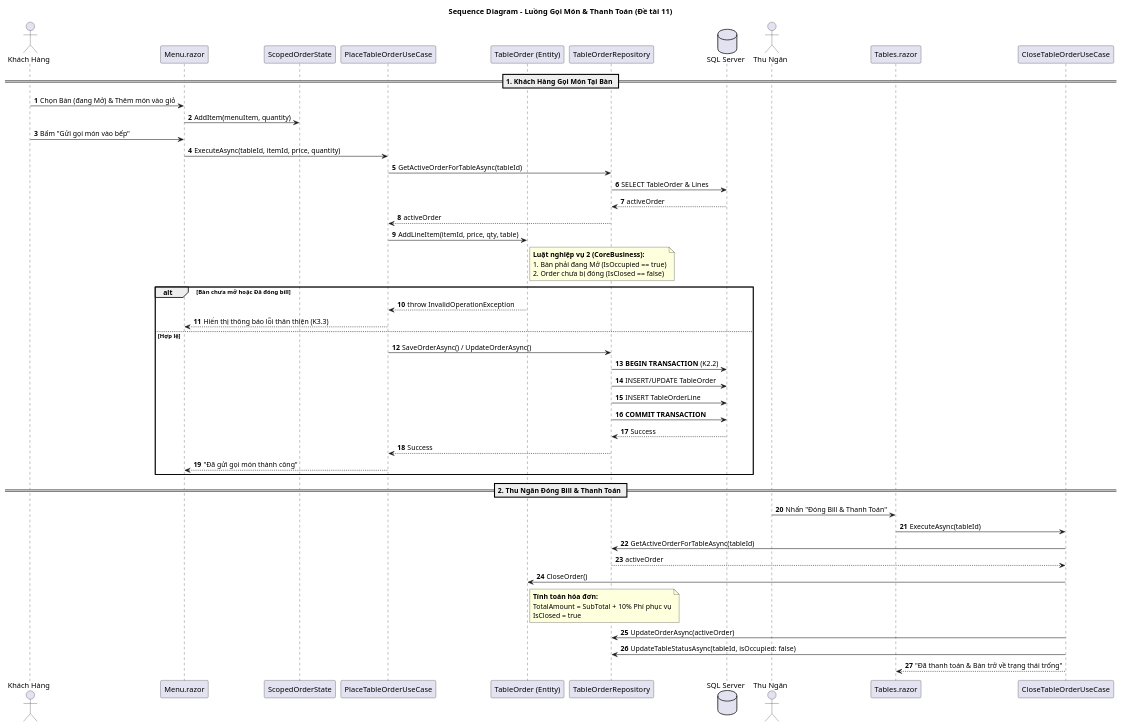
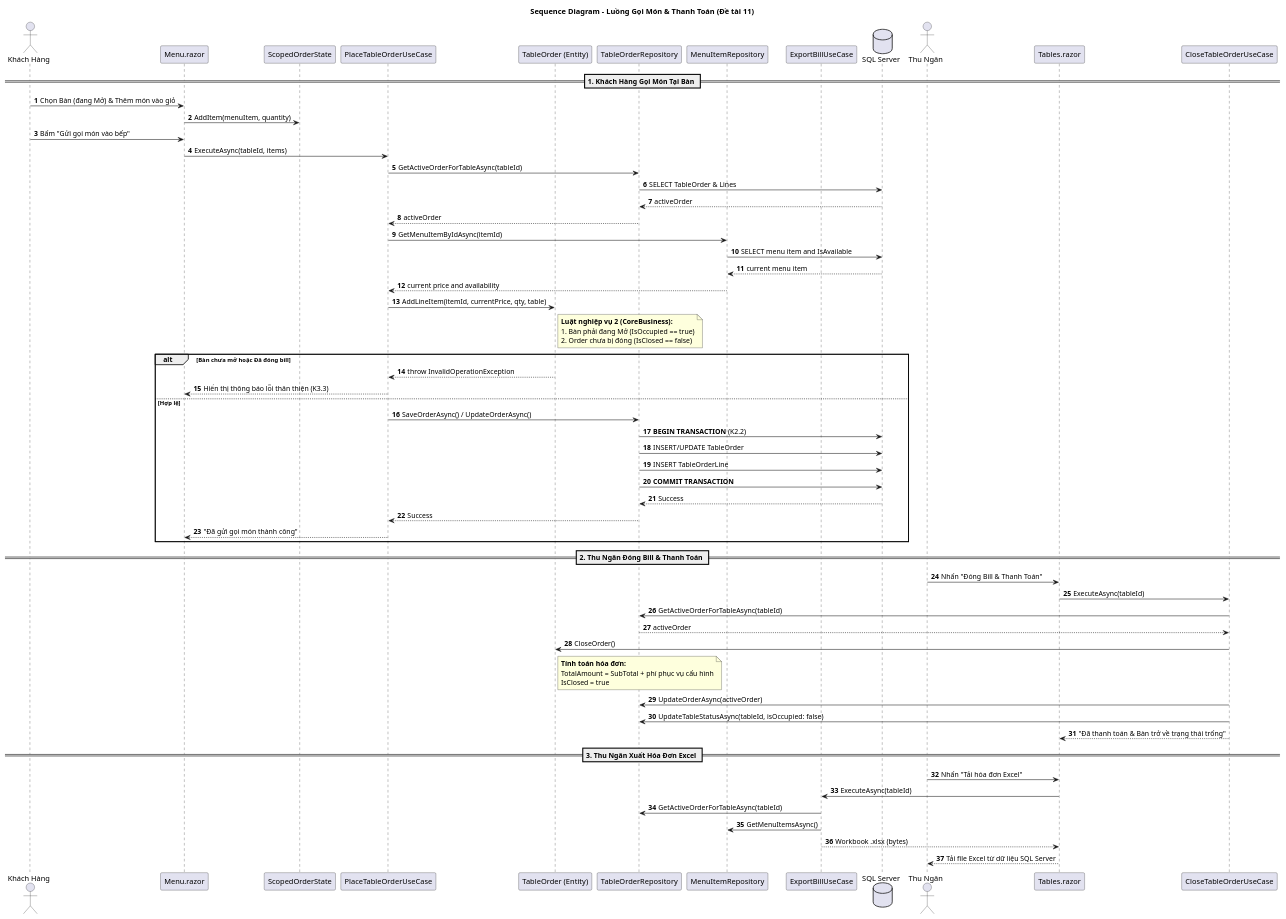
Before and after one commit to trunghuynh1520-coder/DoAnThi: the diagram in Docs/sequence_diagram.puml, drawn with PlantUML. The commit also changed 32 other files, not shown here.

```diff
--- a/Docs/sequence_diagram.puml
+++ b/Docs/sequence_diagram.puml
@@ -1,61 +1,75 @@
 @startuml
 title Sequence Diagram - Luồng Gọi Món & Thanh Toán (Đề tài 11)
 
 autonumber
 actor "Khách Hàng" as User
 participant "Menu.razor" as UI
 participant "ScopedOrderState" as State
 participant "PlaceTableOrderUseCase" as PlaceUC
 participant "TableOrder (Entity)" as Entity
 participant "TableOrderRepository" as Repo
+participant "MenuItemRepository" as MenuRepo
+participant "ExportBillUseCase" as ExportUC
 database "SQL Server" as DB
 actor "Thu Ngân" as Cashier
 participant "Tables.razor" as AdminUI
 participant "CloseTableOrderUseCase" as CloseUC
 
 == 1. Khách Hàng Gọi Món Tại Bàn ==
 User -> UI: Chọn Bàn (đang Mở) & Thêm món vào giỏ
 UI -> State: AddItem(menuItem, quantity)
 User -> UI: Bấm "Gửi gọi món vào bếp"
-UI -> PlaceUC: ExecuteAsync(tableId, itemId, price, quantity)
+UI -> PlaceUC: ExecuteAsync(tableId, items)
 PlaceUC -> Repo: GetActiveOrderForTableAsync(tableId)
 Repo -> DB: SELECT TableOrder & Lines
 DB --> Repo: activeOrder
 Repo --> PlaceUC: activeOrder
 
-PlaceUC -> Entity: AddLineItem(itemId, price, qty, table)
+PlaceUC -> MenuRepo: GetMenuItemByIdAsync(itemId)
+MenuRepo -> DB: SELECT menu item and IsAvailable
+DB --> MenuRepo: current menu item
+MenuRepo --> PlaceUC: current price and availability
+PlaceUC -> Entity: AddLineItem(itemId, currentPrice, qty, table)
 note right of Entity
   **Luật nghiệp vụ 2 (CoreBusiness):**
   1. Bàn phải đang Mở (IsOccupied == true)
   2. Order chưa bị đóng (IsClosed == false)
 end note
 
 alt Bàn chưa mở hoặc Đã đóng bill
     Entity --> PlaceUC: throw InvalidOperationException
     PlaceUC --> UI: Hiển thị thông báo lỗi thân thiện (K3.3)
 else Hợp lệ
     PlaceUC -> Repo: SaveOrderAsync() / UpdateOrderAsync()
     Repo -> DB: **BEGIN TRANSACTION** (K2.2)
     Repo -> DB: INSERT/UPDATE TableOrder
     Repo -> DB: INSERT TableOrderLine
     Repo -> DB: **COMMIT TRANSACTION**
     DB --> Repo: Success
     Repo --> PlaceUC: Success
     PlaceUC --> UI: "Đã gửi gọi món thành công"
 end
 
 == 2. Thu Ngân Đóng Bill & Thanh Toán ==
 Cashier -> AdminUI: Nhấn "Đóng Bill & Thanh Toán"
 AdminUI -> CloseUC: ExecuteAsync(tableId)
 CloseUC -> Repo: GetActiveOrderForTableAsync(tableId)
 Repo --> CloseUC: activeOrder
 CloseUC -> Entity: CloseOrder()
 note right of Entity
   **Tính toán hóa đơn:**
-  TotalAmount = SubTotal + 10% Phí phục vụ
+  TotalAmount = SubTotal + phí phục vụ cấu hình
   IsClosed = true
 end note
 CloseUC -> Repo: UpdateOrderAsync(activeOrder)
 CloseUC -> Repo: UpdateTableStatusAsync(tableId, isOccupied: false)
 CloseUC --> AdminUI: "Đã thanh toán & Bàn trở về trạng thái trống"
+
+== 3. Thu Ngân Xuất Hóa Đơn Excel ==
+Cashier -> AdminUI: Nhấn "Tải hóa đơn Excel"
+AdminUI -> ExportUC: ExecuteAsync(tableId)
+ExportUC -> Repo: GetActiveOrderForTableAsync(tableId)
+ExportUC -> MenuRepo: GetMenuItemsAsync()
+ExportUC --> AdminUI: Workbook .xlsx (bytes)
+AdminUI --> Cashier: Tải file Excel từ dữ liệu SQL Server
 @enduml
```
